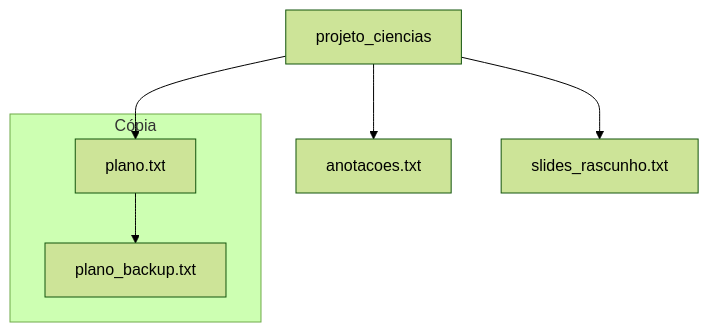
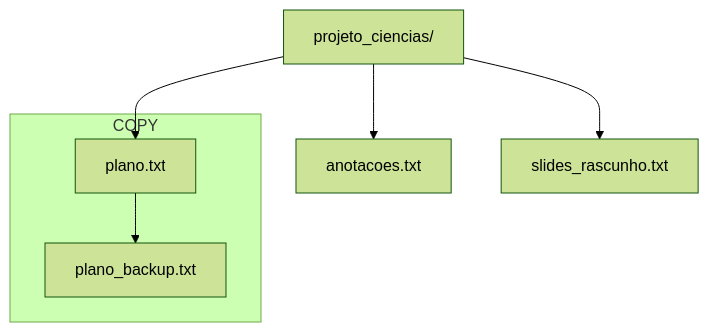
One commit to charlesfsantos/roteiros-linux changed the third of 8 diagrams in 2-diretorios-gerenciamento.md. Above: the diagram before and after it, drawn with Mermaid (forest theme). The commit also changed other lines of this file, not shown here.

````diff
--- a/2-diretorios-gerenciamento.md
+++ b/2-diretorios-gerenciamento.md
@@ -104,9 +104,9 @@
 ```mermaid
 flowchart TD
- subgraph Copy["Cópia"]
+ subgraph Copy["COPY"]
         B["plano.txt"]
         C["plano_backup.txt"]
   end
-    A["projeto_ciencias"] --> B & D["anotacoes.txt"] & E["slides_rascunho.txt"]
+    A["projeto_ciencias/"] --> B & D["anotacoes.txt"] & E["slides_rascunho.txt"]
     B --> C
 ```
````
